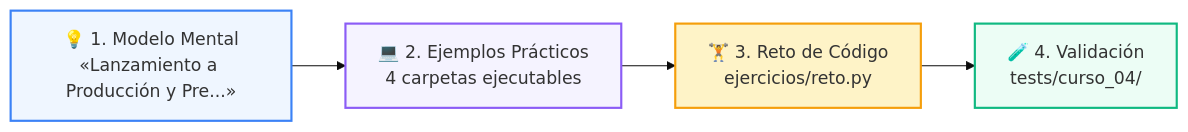
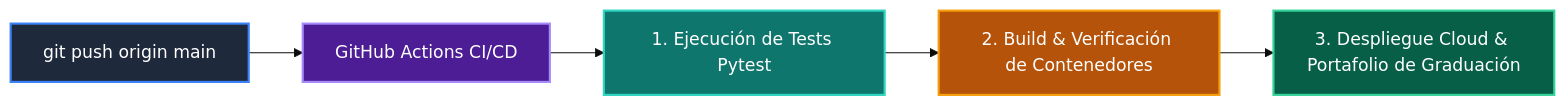
The diagram in 04-proyecto-final/clase-08-despliegue-cicd-portafolio/README.md (wisrovi/wisrovi-python), drawn with Mermaid (base theme) before and after one commit. The commit also changed other lines of this file and 271 other files, not shown here.

Commit message:
docs: rewrite all README.md files with bespoke topic-specific Mermaid diagrams and remove repetitive boilerplate

````diff
--- a/04-proyecto-final/clase-08-despliegue-cicd-portafolio/README.md
+++ b/04-proyecto-final/clase-08-despliegue-cicd-portafolio/README.md
@@ -19,11 +12,13 @@
 ```mermaid
 flowchart LR
-    M["💡 1. Modelo Mental<br/>«Lanzamiento a Producción y Pre...»"] --> E["💻 2. Ejemplos Prácticos<br/>4 carpetas ejecutables"]
-    E --> R["🏋️ 3. Reto de Código<br/>ejercicios/reto.py"]
-    R --> T["🧪 4. Validación<br/>tests/curso_04/"]
+    GIT["git push origin main"] --> GHA["GitHub Actions CI/CD"]
+    GHA --> TST["1. Ejecución de Tests Pytest"]
+    TST --> BLD["2. Build & Verificación de Contenedores"]
+    BLD --> DEPLOY["3. Despliegue Cloud & Portafolio de Graduación"]
 
-    style M fill:#eff6ff,stroke:#3b82f6,stroke-width:2px
-    style E fill:#f5f3ff,stroke:#8b5cf6,stroke-width:2px
-    style R fill:#fef3c7,stroke:#f59e0b,stroke-width:2px
-    style T fill:#ecfdf5,stroke:#10b981,stroke-width:2px
+    style GIT fill:#1e293b,color:#fff,stroke:#3b82f6,stroke-width:2px
+    style GHA fill:#4c1d95,color:#fff,stroke:#a78bfa,stroke-width:2px
+    style TST fill:#0f766e,color:#fff,stroke:#2dd4bf,stroke-width:2px
+    style BLD fill:#b45309,color:#fff,stroke:#f59e0b,stroke-width:2px
+    style DEPLOY fill:#065f46,color:#fff,stroke:#34d399,stroke-width:2px
 ```
````
